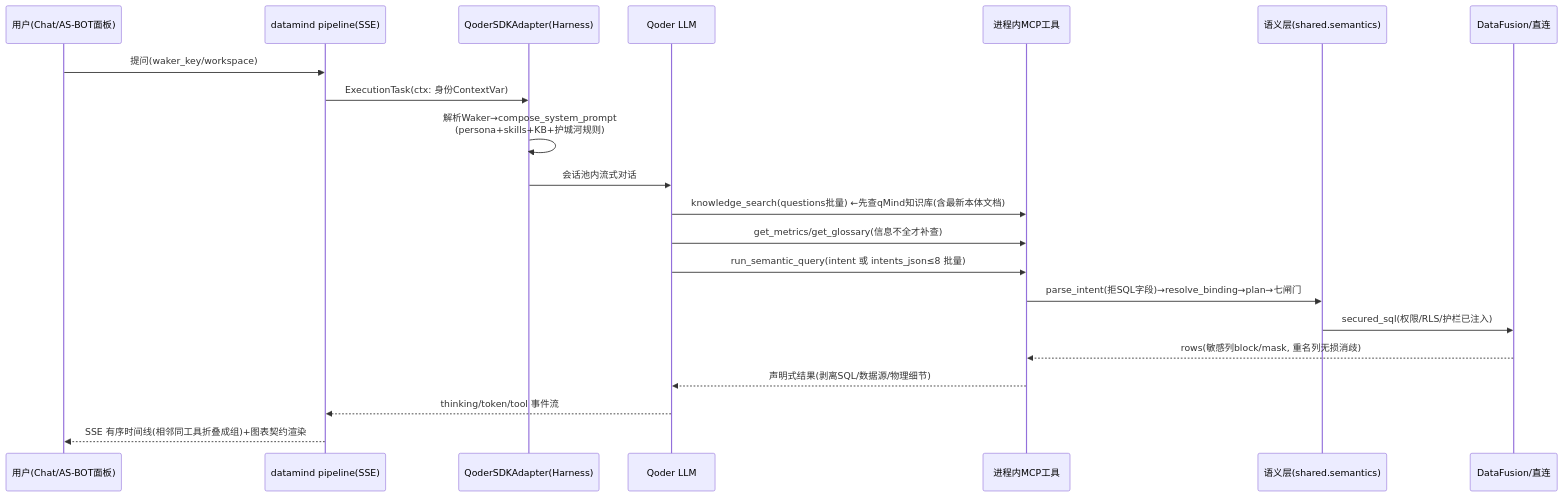
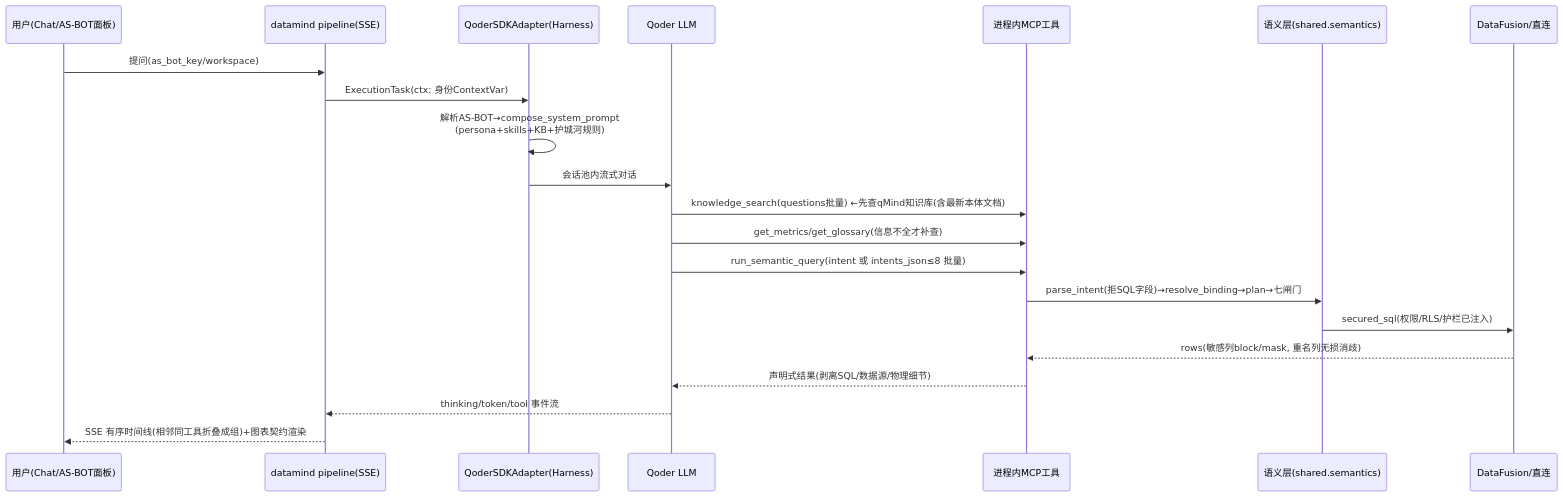
One commit to PomeloSpring/AI-DataHub changed the fourth of 4 diagrams in docs/ARCHITECTURE.md. Above: the diagram before and after it, drawn with Mermaid. The commit also changed other lines of this file and 494 other files, not shown here.

First line of the commit message:
feat: AS-BOT/Waker 统一改造与域能力叠加，仪表盘设计链路修复

````diff
--- a/docs/ARCHITECTURE.md
+++ b/docs/ARCHITECTURE.md
@@ -226,23 +226,23 @@
 ```mermaid
 sequenceDiagram
     participant U as 用户(Chat/AS-BOT面板)
     participant DM as datamind pipeline(SSE)
     participant H as QoderSDKAdapter(Harness)
     participant L as Qoder LLM
     participant T as 进程内MCP工具
     participant SL as 语义层(shared.semantics)
     participant E as DataFusion/直连
-    U->>DM: 提问(waker_key/workspace)
+    U->>DM: 提问(as_bot_key/workspace)
     DM->>H: ExecutionTask(ctx: 身份ContextVar)
-    H->>H: 解析Waker→compose_system_prompt<br/>(persona+skills+KB+护城河规则)
+    H->>H: 解析AS-BOT→compose_system_prompt<br/>(persona+skills+KB+护城河规则)
     H->>L: 会话池内流式对话
     L->>T: knowledge_search(questions批量) ←先查qMind知识库(含最新本体文档)
     L->>T: get_metrics/get_glossary(信息不全才补查)
     L->>T: run_semantic_query(intent 或 intents_json≤8 批量)
     T->>SL: parse_intent(拒SQL字段)→resolve_binding→plan→七闸门
     SL->>E: secured_sql(权限/RLS/护栏已注入)
     E-->>T: rows(敏感列block/mask, 重名列无损消歧)
     T-->>L: 声明式结果(剥离SQL/数据源/物理细节)
     L-->>DM: thinking/token/tool 事件流
     DM-->>U: SSE 有序时间线(相邻同工具折叠成组)+图表契约渲染
 ```
````
